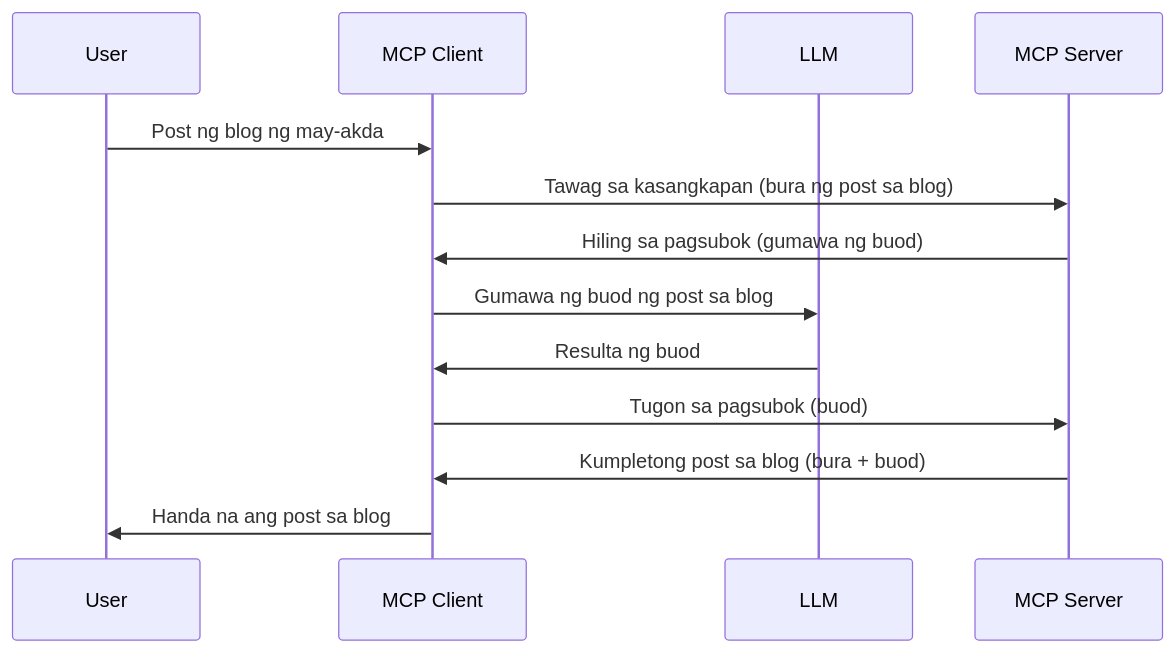
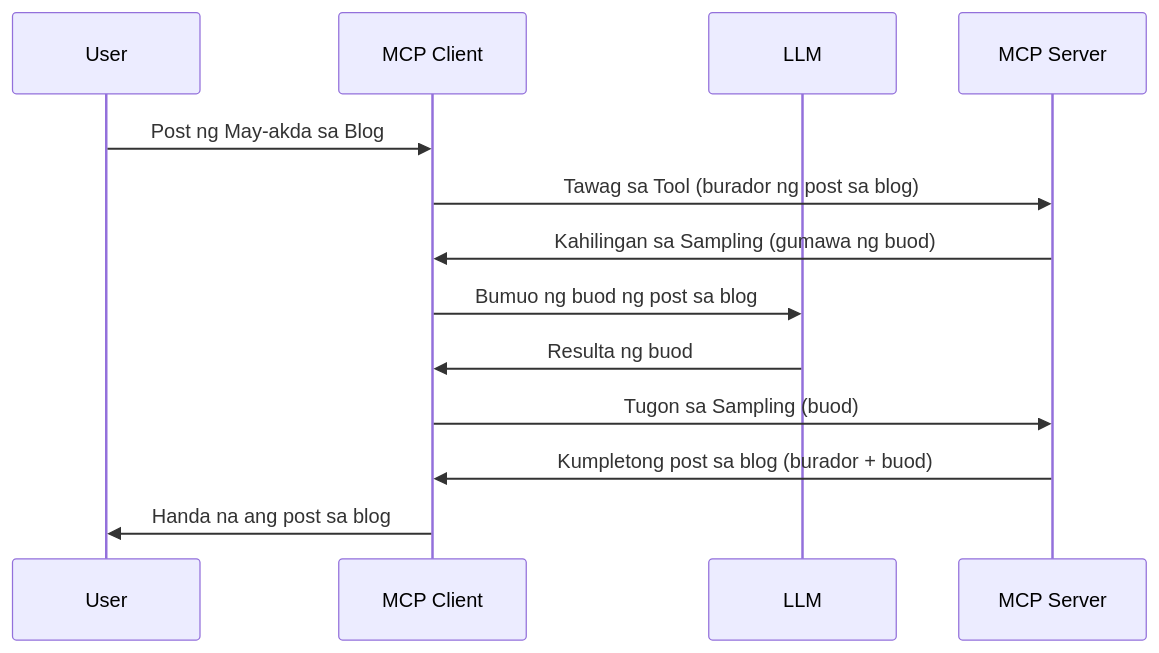
Before and after one commit to HIDORAKAI002/ai-workspace-archive: the diagram in mcp_ecosystem__model_context_protocol/mcp_learning_resources/mcp-for-beginners/translations/tl/03-GettingStarted/14-sampling/README.md, drawn with Mermaid. The commit also changed other lines of this file and 5721 other files, not shown here.

Commit message:
chore(sync): update MCP Python SDK, MCP TypeScript SDK, Supabase MCP, Kubernetes MCP Server, Git MCP, MCP Agent, Awesome ChatGPT Prompts, Langfuse, +62 more

````diff
--- a/mcp_ecosystem__model_context_protocol/mcp_learning_resources/mcp-for-beginners/translations/tl/03-GettingStarted/14-sampling/README.md
+++ b/mcp_ecosystem__model_context_protocol/mcp_learning_resources/mcp-for-beginners/translations/tl/03-GettingStarted/14-sampling/README.md
@@ -25,16 +27,16 @@
 ```mermaid
 sequenceDiagram
     participant User
     participant MCP Client
     participant LLM
     participant MCP Server
 
-    User->>MCP Client: Post ng blog ng may-akda
-    MCP Client->>MCP Server: Tawag sa kasangkapan (bura ng post sa blog)
-    MCP Server->>MCP Client: Hiling sa pagsubok (gumawa ng buod)
-    MCP Client->>LLM: Gumawa ng buod ng post sa blog
+    User->>MCP Client: Post ng May-akda sa Blog
+    MCP Client->>MCP Server: Tawag sa Tool (burador ng post sa blog)
+    MCP Server->>MCP Client: Kahilingan sa Sampling (gumawa ng buod)
+    MCP Client->>LLM: Bumuo ng buod ng post sa blog
     LLM->>MCP Client: Resulta ng buod
-    MCP Client->>MCP Server: Tugon sa pagsubok (buod)
-    MCP Server->>MCP Client: Kumpletong post sa blog (bura + buod)
+    MCP Client->>MCP Server: Tugon sa Sampling (buod)
+    MCP Server->>MCP Client: Kumpletong post sa blog (burador + buod)
     MCP Client->>User: Handa na ang post sa blog
 ```
````
